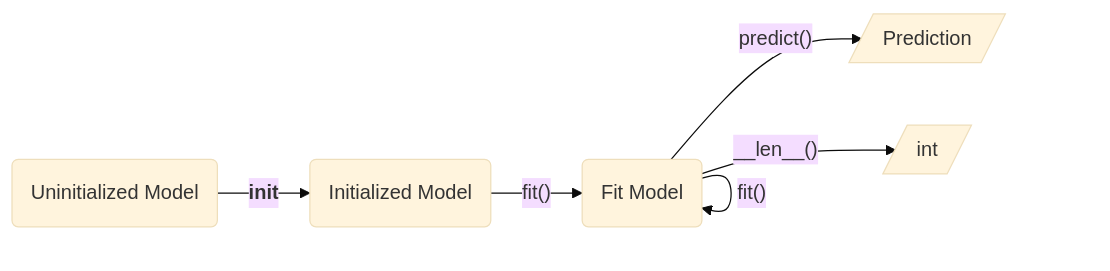
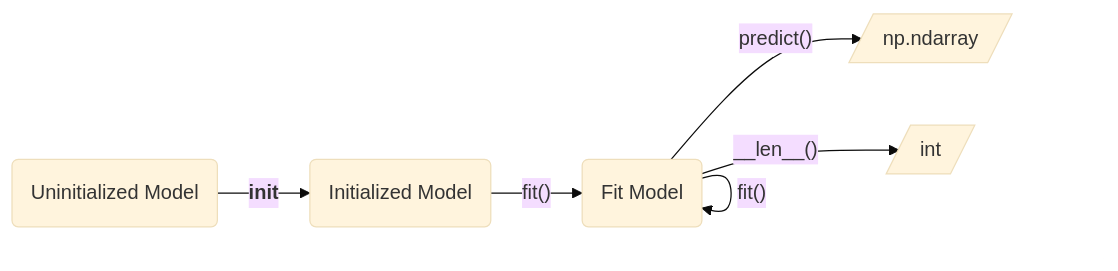
The diagram in content/posts/python/hidden_state_machines.md (alexisdrakopoulos/personal_website), drawn with Mermaid (base theme) before and after one commit. The commit also changed other lines of this file, not shown here.

```diff
--- a/content/posts/python/hidden_state_machines.md
+++ b/content/posts/python/hidden_state_machines.md
@@ -53,8 +53,8 @@
 {{< mermaid >}}
 flowchart LR
     y("Uninitialized Model") --> |"`__init__`"| h("Initialized Model")
     h --> |"fit()"| r("Fit Model")
     r --> |"fit()"| r
-    r --> |"predict()"| su[/"Prediction"/]
+    r --> |"predict()"| su[/"np.ndarray"/]
     r --> |"__len__()"| suf[/"int"/]
 {{< /mermaid >}}
```
